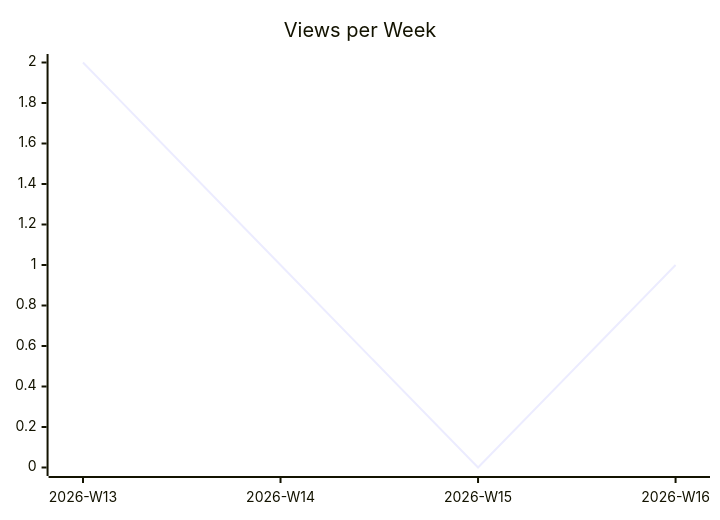
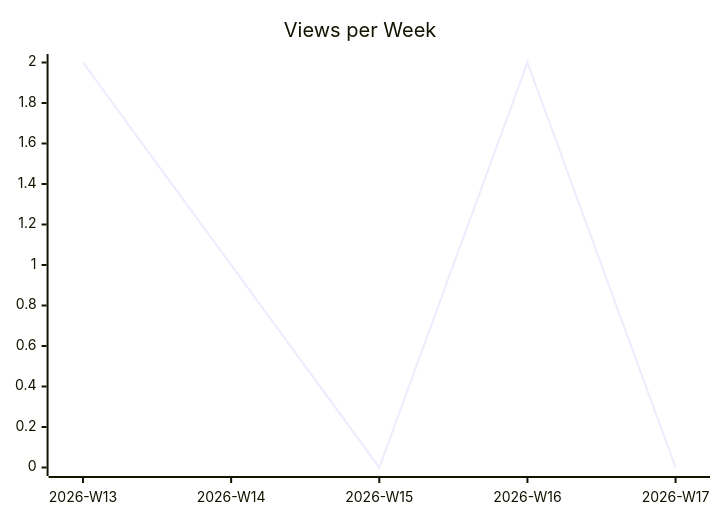
One commit to justdavis-family/github-analytics-data changed the second of 3 diagrams in karlmdavis/ansible-role-bind-dns/README.md. Above: the diagram before and after it, drawn with Mermaid. The commit also changed other lines of this file and 192 other files, not shown here.

````diff
--- a/karlmdavis/ansible-role-bind-dns/README.md
+++ b/karlmdavis/ansible-role-bind-dns/README.md
@@ -12,6 +12,6 @@
 ```mermaid
 xychart-beta
   title "Views per Week"
-  x-axis ["2026-W13", "2026-W14", "2026-W15", "2026-W16"]
-  line [2, 1, 0, 1]
+  x-axis ["2026-W13", "2026-W14", "2026-W15", "2026-W16", "2026-W17"]
+  line [2, 1, 0, 2, 0]
 ```
````
